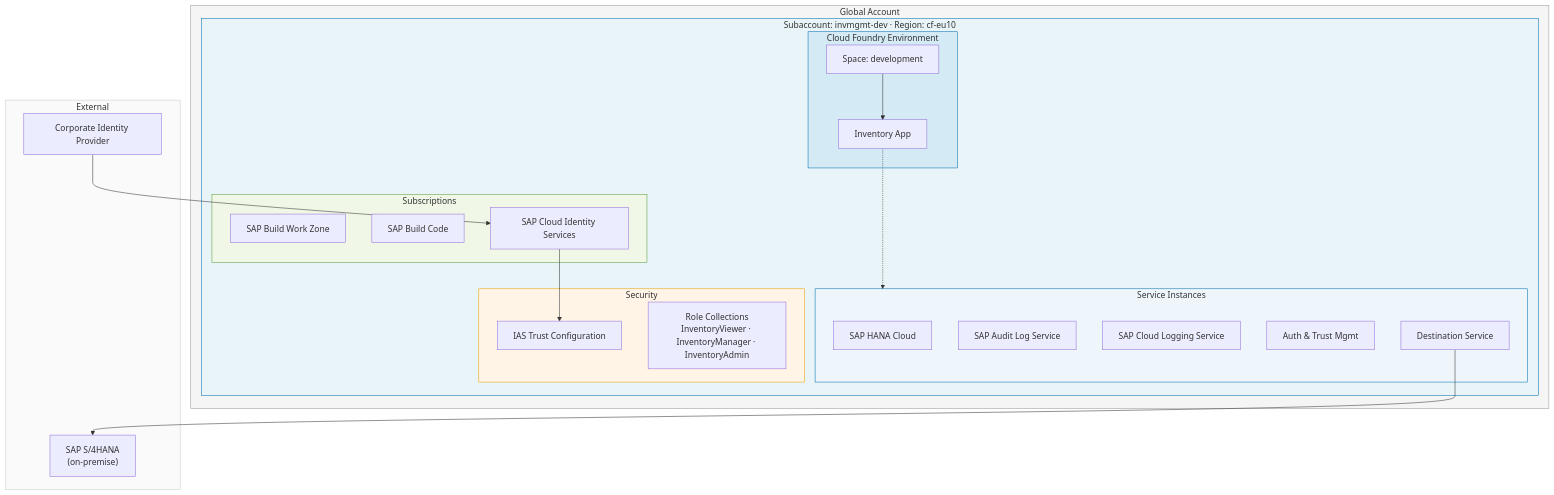
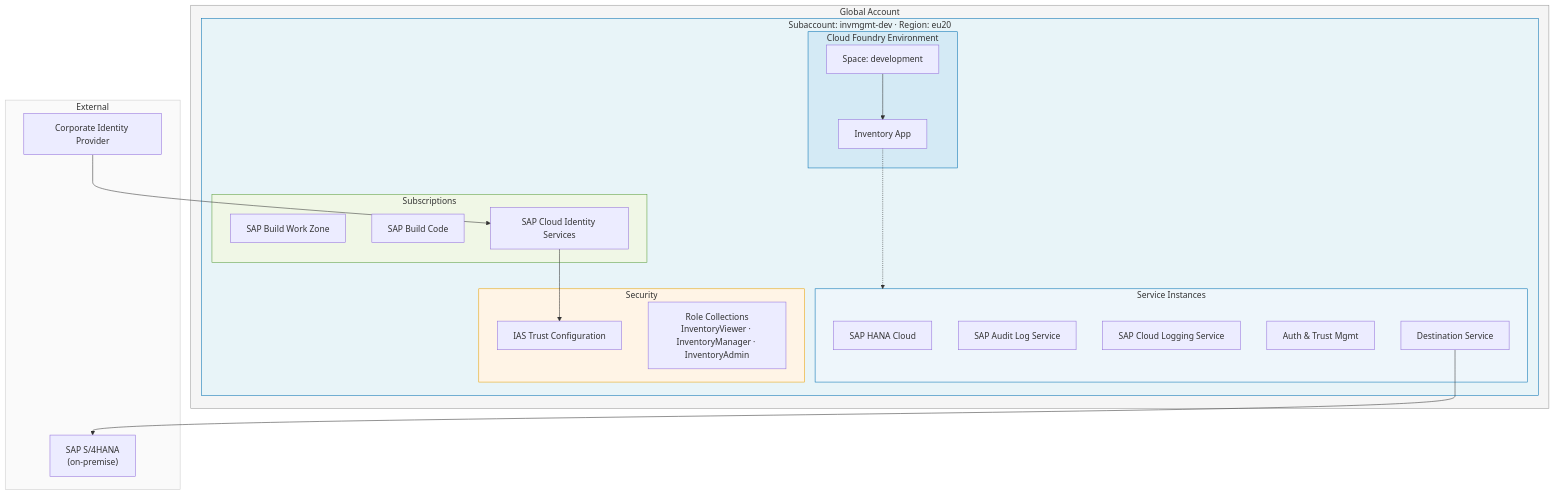
Before and after one commit to SAP-samples/teched2026-XP265: the first of 2 diagrams in exercises/ex0/README.md, drawn with Mermaid. The commit also changed other lines of this file and 13 other files, not shown here.

````diff
--- a/exercises/ex0/README.md
+++ b/exercises/ex0/README.md
@@ -69,49 +70,49 @@
 ```mermaid
 graph TD
     subgraph GA["Global Account"]
-        subgraph SA["Subaccount: invmgmt-dev · Region: cf-eu10"]
+        subgraph SA["Subaccount: invmgmt-dev · Region: eu20"]
             subgraph CF["Cloud Foundry Environment"]
                 SPACE["Space: development"]
                 APP["Inventory App"]
                 SPACE --> APP
             end
 
             subgraph INST["Service Instances"]
                 HANA["SAP HANA Cloud"]
                 AUDIT["SAP Audit Log Service"]
                 LOG["SAP Cloud Logging Service"]
                 XSUAA["Auth & Trust Mgmt"]
                 DEST["Destination Service"]
             end
 
             subgraph SUBS["Subscriptions"]
                 WZ["SAP Build Work Zone"]
                 BC["SAP Build Code"]
                 IAS["SAP Cloud Identity Services"]
             end
 
             subgraph SEC["Security"]
                 TRUST["IAS Trust Configuration"]
                 ROLES["Role Collections\nInventoryViewer · InventoryManager · InventoryAdmin"]
             end
         end
     end
 
     subgraph EXT["External"]
         S4["SAP S/4HANA\n(on-premise)"]
         CORP["Corporate Identity Provider"]
     end
 
     APP -..-> INST
     IAS --> TRUST
     DEST --> S4
     CORP --> IAS
 
     style GA fill:#f5f5f5,stroke:#999
     style SA fill:#e8f4f8,stroke:#0070b1
     style CF fill:#d4eaf5,stroke:#0070b1
     style INST fill:#eef6fb,stroke:#0070b1
     style SUBS fill:#f0f7e6,stroke:#5a9e3a
     style SEC fill:#fff4e6,stroke:#e8a000
     style EXT fill:#fafafa,stroke:#ccc
 ```
````
